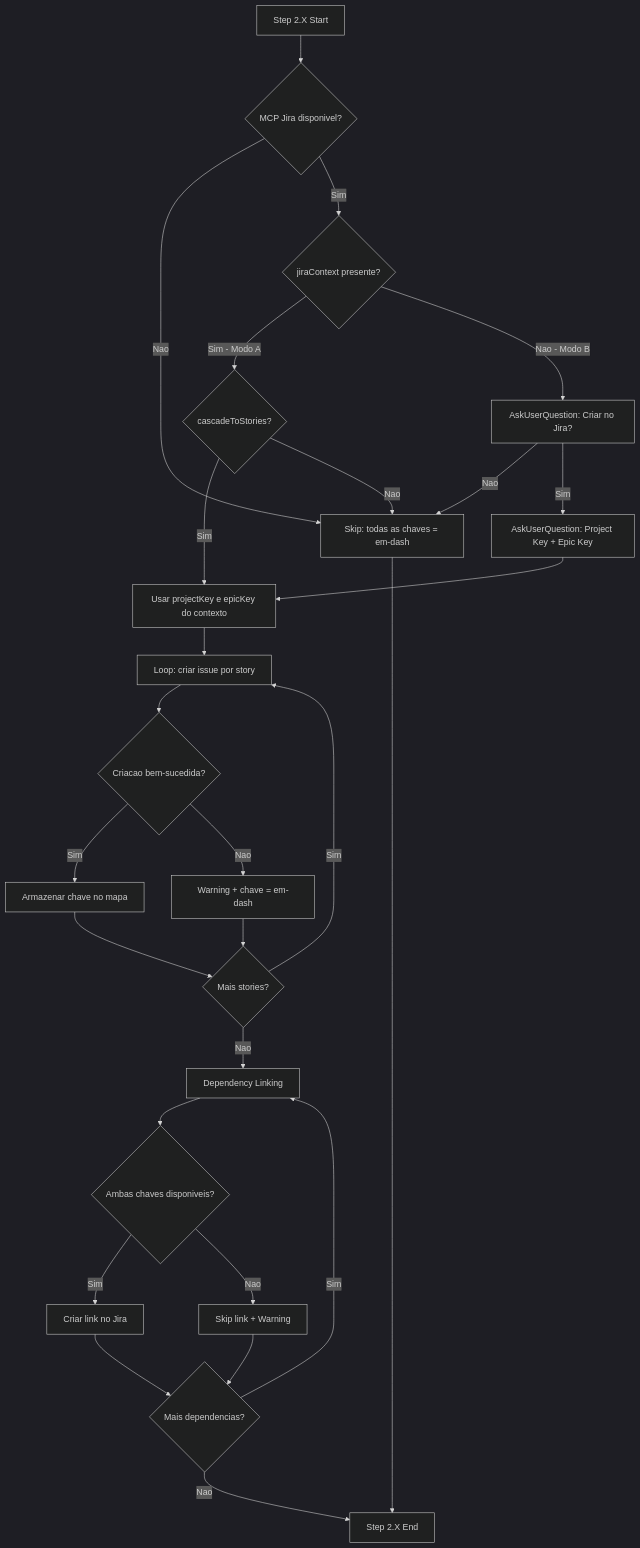
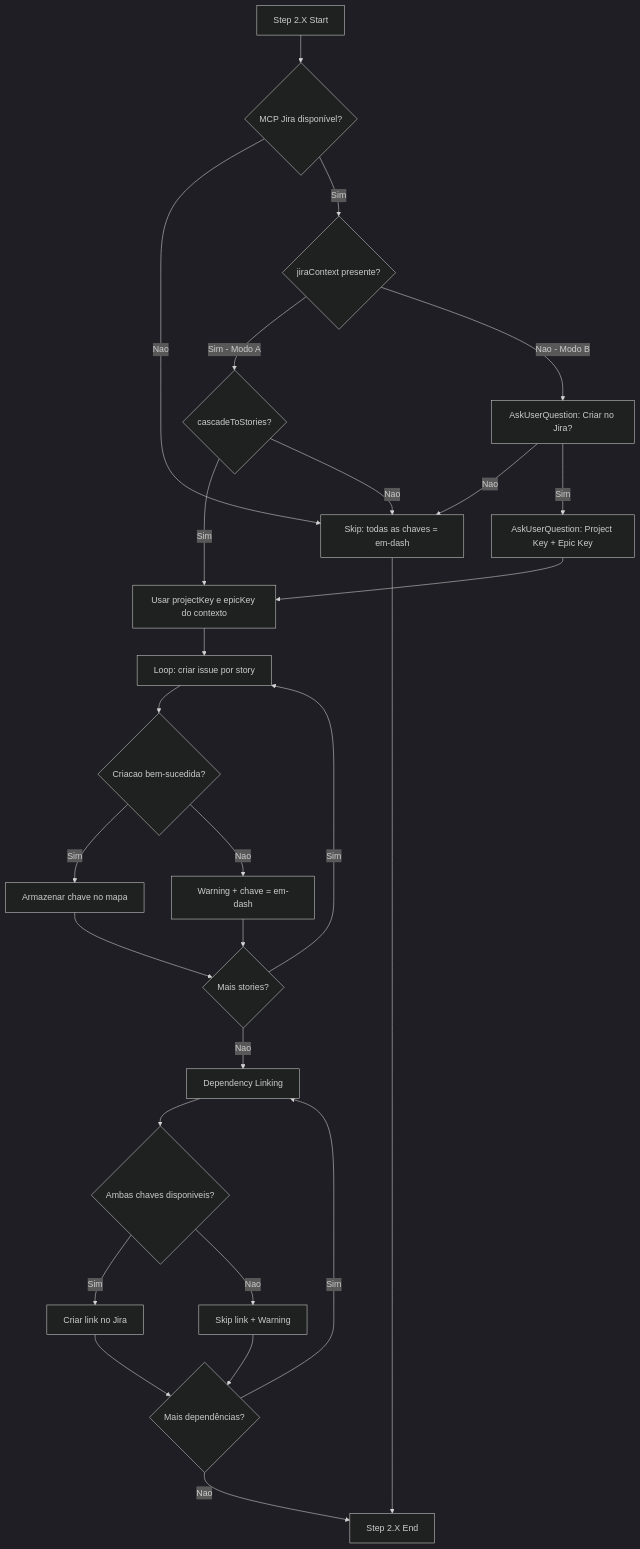
The second of 2 diagrams in docs/stories/epic-0011/story-0011-0004.md (edercnj/ia-dev-environment), drawn with Mermaid (dark theme) before and after one commit. The commit also changed other lines of this file and 14 other files, not shown here.

````diff
--- a/docs/stories/epic-0011/story-0011-0004.md
+++ b/docs/stories/epic-0011/story-0011-0004.md
@@ -156,30 +156,30 @@
 ```mermaid
 flowchart TD
-    A[Step 2.X Start] --> B{MCP Jira disponivel?}
+    A[Step 2.X Start] --> B{MCP Jira disponível?}
     B -->|Nao| C[Skip: todas as chaves = em-dash]
     B -->|Sim| D{jiraContext presente?}
     D -->|Sim - Modo A| E{cascadeToStories?}
     E -->|Sim| F[Usar projectKey e epicKey do contexto]
     E -->|Nao| C
     D -->|Nao - Modo B| G[AskUserQuestion: Criar no Jira?]
     G -->|Nao| C
     G -->|Sim| H[AskUserQuestion: Project Key + Epic Key]
     H --> F
 
     F --> I[Loop: criar issue por story]
     I --> J{Criacao bem-sucedida?}
     J -->|Sim| K[Armazenar chave no mapa]
     J -->|Nao| L[Warning + chave = em-dash]
     K --> M{Mais stories?}
     L --> M
     M -->|Sim| I
     M -->|Nao| N[Dependency Linking]
     N --> O{Ambas chaves disponiveis?}
     O -->|Sim| P[Criar link no Jira]
     O -->|Nao| Q[Skip link + Warning]
-    P --> R{Mais dependencias?}
+    P --> R{Mais dependências?}
     Q --> R
     R -->|Sim| N
     R -->|Nao| S[Step 2.X End]
     C --> S
 ```
````
